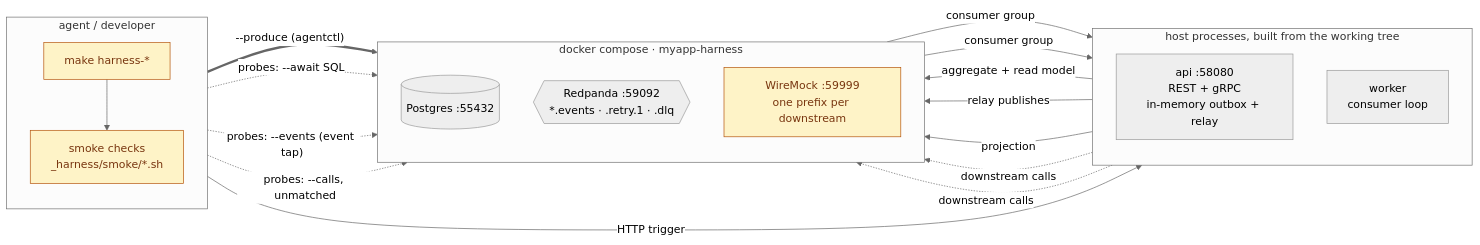
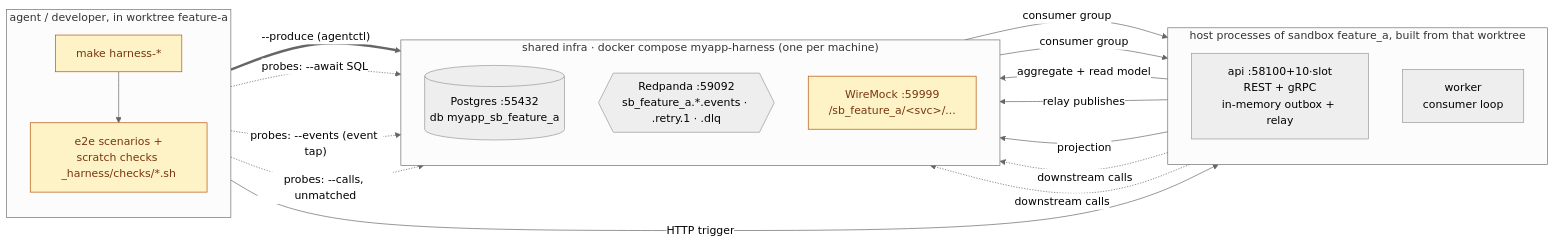
The diagram in README.md (anhnguyenphi/go-ddd), drawn with Mermaid (neutral theme) before and after one commit. The commit also changed other lines of this file and 56 other files, not shown here.

First line of the commit message:
Turn the harness into parallel per-worktree sandboxes; regression lives in tests/

````diff
--- a/README.md
+++ b/README.md
@@ -270,38 +275,38 @@
 ```mermaid
 flowchart LR
-    subgraph driver["agent / developer"]
+    subgraph driver["agent / developer, in worktree feature-a"]
         direction TB
         make["make harness-*"]
-        smoke["smoke checks<br/>_harness/smoke/*.sh"]
+        checks["e2e scenarios +<br/>scratch checks _harness/checks/*.sh"]
     end
 
-    subgraph host["host processes, built from the working tree"]
+    subgraph host["host processes of sandbox feature_a, built from that worktree"]
         direction TB
-        api["api :58080<br/>REST + gRPC<br/>in-memory outbox + relay"]
+        api["api :58100+10·slot<br/>REST + gRPC<br/>in-memory outbox + relay"]
         worker["worker<br/>consumer loop"]
     end
 
-    subgraph compose["docker compose · myapp-harness"]
+    subgraph compose["shared infra · docker compose myapp-harness (one per machine)"]
         direction TB
-        pg[("Postgres :55432")]
-        kafka{{"Redpanda :59092<br/>*.events · .retry.1 · .dlq"}}
-        wiremock["WireMock :59999<br/>one prefix per downstream"]
+        pg[("Postgres :55432<br/>db myapp_sb_feature_a")]
+        kafka{{"Redpanda :59092<br/>sb_feature_a.*.events · .retry.1 · .dlq"}}
+        wiremock["WireMock :59999<br/>/sb_feature_a/&lt;svc&gt;/..."]
     end
 
-    make --> smoke
-    smoke -- "HTTP trigger" --> api
-    smoke == "--produce (agentctl)" ==> kafka
+    make --> checks
+    checks -- "HTTP trigger" --> api
+    checks == "--produce (agentctl)" ==> kafka
     api -- "aggregate + read model" --> pg
     api -- "relay publishes" --> kafka
     kafka -- "consumer group" --> api
     kafka -- "consumer group" --> worker
     worker -- "projection" --> pg
     api -. "downstream calls" .-> wiremock
     worker -. "downstream calls" .-> wiremock
-    smoke -. "probes: --await SQL" .-> pg
-    smoke -. "probes: --events (event tap)" .-> kafka
-    smoke -. "probes: --calls, unmatched" .-> wiremock
+    checks -. "probes: --await SQL" .-> pg
+    checks -. "probes: --events (event tap)" .-> kafka
+    checks -. "probes: --calls, unmatched" .-> wiremock
 
     classDef harness fill:#fef3c7,stroke:#b45309,color:#78350f;
-    class make,smoke,wiremock harness;
+    class make,checks,wiremock harness;
 ```
````
